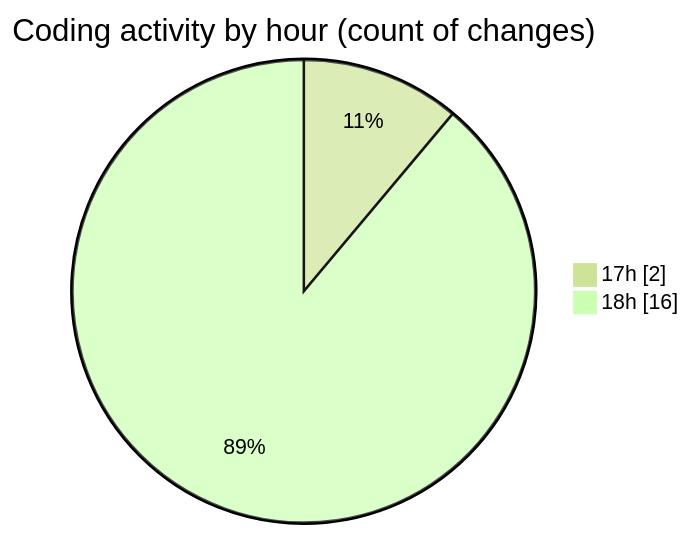
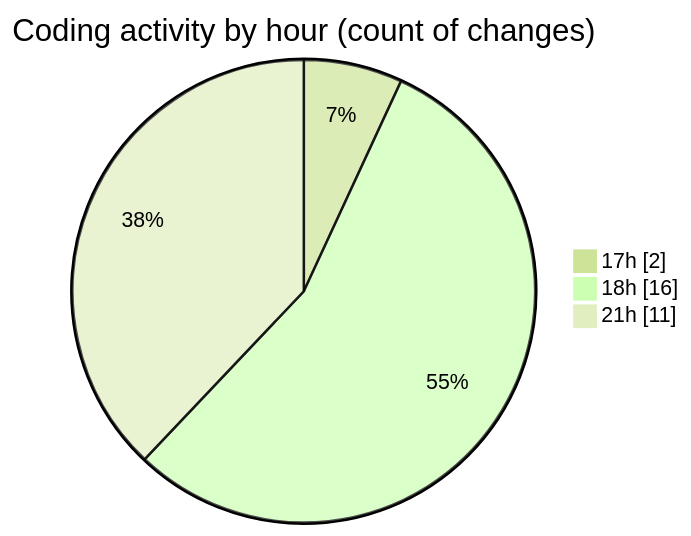
The second of 2 diagrams in 2025-10-13/skintrack/README.md (Netris89/code-tracking), drawn with Mermaid (forest theme) before and after one commit. The commit also changed other lines of this file and 1 other file, not shown here.

````diff
--- a/2025-10-13/skintrack/README.md
+++ b/2025-10-13/skintrack/README.md
@@ -32,6 +35,7 @@
 ```mermaid
 pie showData
 title Coding activity by hour (count of changes)
 "17h" : 2
 "18h" : 16
+"21h" : 11
 ```
````
